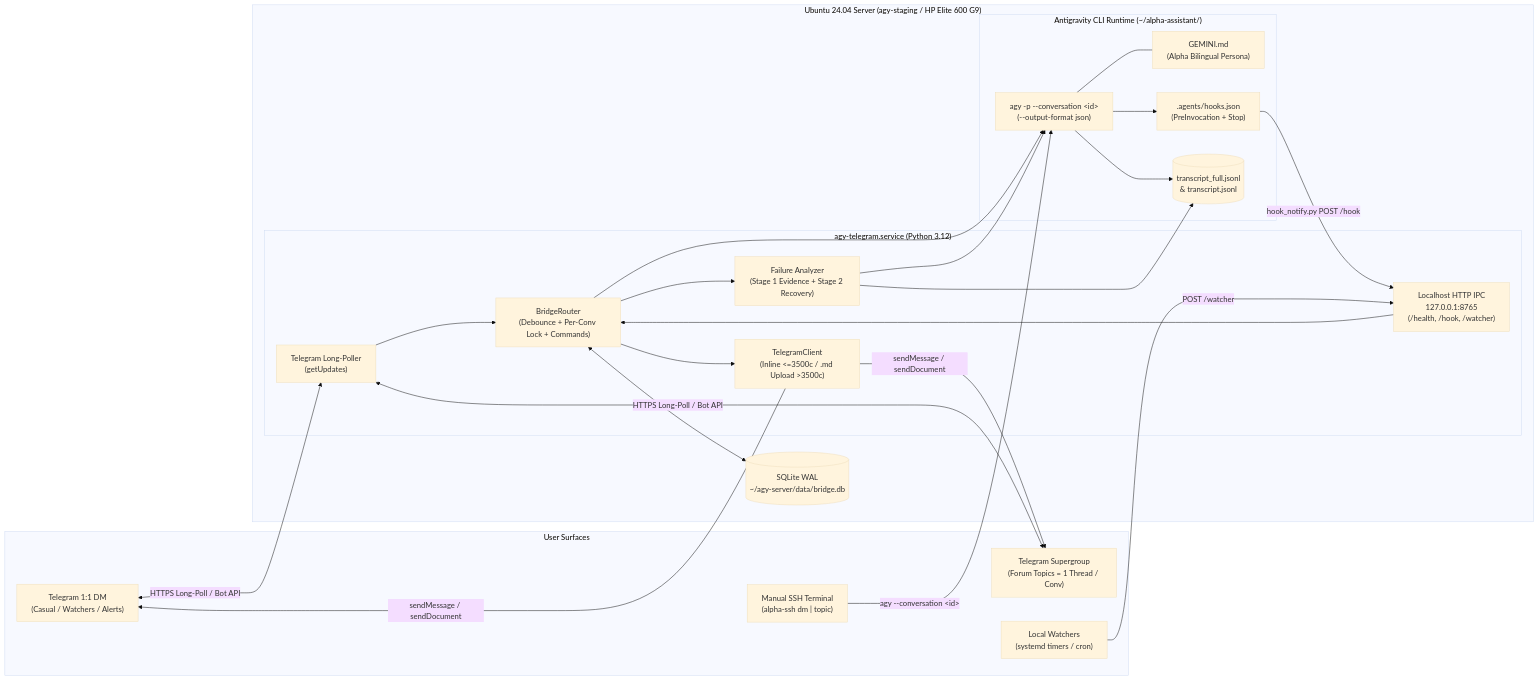
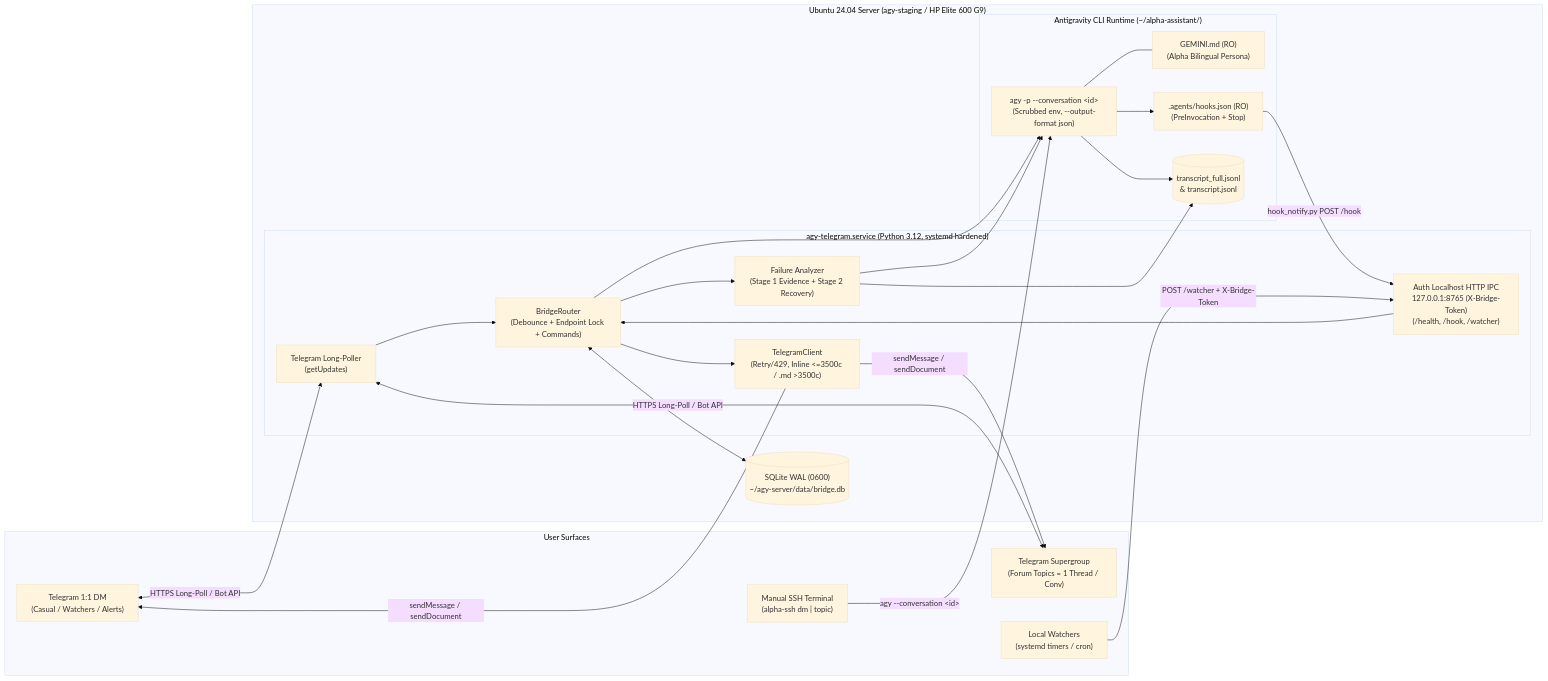
The first of 2 diagrams in docs/ARCHITECTURE.md (zyecheng/agy-home-server), drawn with Mermaid (base theme) before and after one commit. The commit also changed other lines of this file and 18 other files, not shown here.

````diff
--- a/docs/ARCHITECTURE.md
+++ b/docs/ARCHITECTURE.md
@@ -26,48 +25,48 @@
 ```mermaid
 flowchart LR
     subgraph User["User Surfaces"]
         TG_DM["Telegram 1:1 DM\n(Casual / Watchers / Alerts)"]
         TG_SG["Telegram Supergroup\n(Forum Topics = 1 Thread / Conv)"]
         SSH["Manual SSH Terminal\n(alpha-ssh dm | topic)"]
         WATCH["Local Watchers\n(systemd timers / cron)"]
     end
 
     subgraph Server["Ubuntu 24.04 Server (agy-staging / HP Elite 600 G9)"]
-        subgraph Bridge["agy-telegram.service (Python 3.12)"]
+        subgraph Bridge["agy-telegram.service (Python 3.12, systemd hardened)"]
             POLL["Telegram Long-Poller\n(getUpdates)"]
-            ROUTER["BridgeRouter\n(Debounce + Per-Conv Lock + Commands)"]
-            IPC["Localhost HTTP IPC\n127.0.0.1:8765\n(/health, /hook, /watcher)"]
+            ROUTER["BridgeRouter\n(Debounce + Endpoint Lock + Commands)"]
+            IPC["Auth Localhost HTTP IPC\n127.0.0.1:8765 (X-Bridge-Token)\n(/health, /hook, /watcher)"]
             FAIL["Failure Analyzer\n(Stage 1 Evidence + Stage 2 Recovery)"]
-            TGC["TelegramClient\n(Inline <=3500c / .md Upload >3500c)"]
+            TGC["TelegramClient\n(Retry/429, Inline <=3500c / .md >3500c)"]
         end
 
-        DB[("SQLite WAL\n~/agy-server/data/bridge.db")]
+        DB[("SQLite WAL (0600)\n~/agy-server/data/bridge.db")]
 
         subgraph AGY["Antigravity CLI Runtime (~/alpha-assistant/)"]
-            CLI["agy -p --conversation &lt;id&gt;\n(--output-format json)"]
-            GEMINI["GEMINI.md\n(Alpha Bilingual Persona)"]
-            HOOKS[".agents/hooks.json\n(PreInvocation + Stop)"]
+            CLI["agy -p --conversation &lt;id&gt;\n(Scrubbed env, --output-format json)"]
+            GEMINI["GEMINI.md (RO)\n(Alpha Bilingual Persona)"]
+            HOOKS[".agents/hooks.json (RO)\n(PreInvocation + Stop)"]
             LOG[("transcript_full.jsonl\n&amp; transcript.jsonl")]
         end
     end
 
     TG_DM <-->|HTTPS Long-Poll / Bot API| POLL
     TG_SG <-->|HTTPS Long-Poll / Bot API| POLL
     POLL --> ROUTER
     ROUTER <--> DB
     ROUTER --> CLI
     CLI --- GEMINI
     CLI --> LOG
     CLI --> HOOKS
     ROUTER --> FAIL
     FAIL --> LOG
     FAIL --> CLI
     ROUTER --> TGC
     TGC -->|sendMessage / sendDocument| TG_DM
     TGC -->|sendMessage / sendDocument| TG_SG
 
     SSH -->|agy --conversation &lt;id&gt;| CLI
     HOOKS -->|hook_notify.py POST /hook| IPC
     IPC --> ROUTER
-    WATCH -->|POST /watcher| IPC
+    WATCH -->|POST /watcher + X-Bridge-Token| IPC
 ```
````
